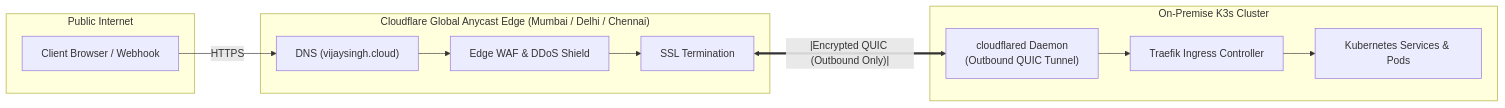
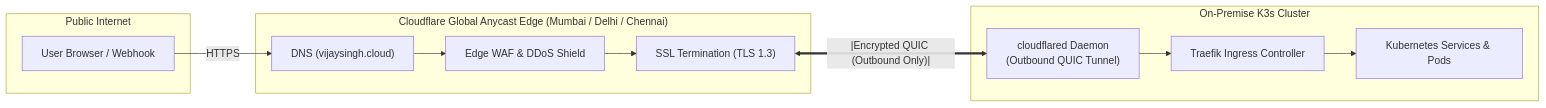
One commit to vsingh55/homelab-ops changed the first of 2 diagrams in docs/architecture/04-zero-trust-networking.md. Above: the diagram before and after it, drawn with Mermaid. The commit also changed other lines of this file and 4 other files, not shown here.

Commit message:
docs(architecture): enrich 5 core system architecture blueprints with hardware fencing, network flows, and storage tiering

````diff
--- a/docs/architecture/04-zero-trust-networking.md
+++ b/docs/architecture/04-zero-trust-networking.md
@@ -22,25 +37,25 @@
 ```mermaid
 flowchart LR
- subgraph Internet["Public Internet"]
- User["Client Browser / Webhook"]
- end
+    subgraph PublicInternet["Public Internet"]
+        User["User Browser / Webhook"]
+    end
 
- subgraph CF_Edge["Cloudflare Global Anycast Edge (Mumbai / Delhi / Chennai)"]
- EdgeDNS["DNS (vijaysingh.cloud)"]
- WAF["Edge WAF & DDoS Shield"]
- EdgeTerm["SSL Termination"]
- end
+    subgraph CF_Anycast["Cloudflare Global Anycast Edge (Mumbai / Delhi / Chennai)"]
+        EdgeDNS["DNS (vijaysingh.cloud)"]
+        WAF["Edge WAF & DDoS Shield"]
+        EdgeTerm["SSL Termination (TLS 1.3)"]
+    end
 
- subgraph OnPremCluster["On-Premise K3s Cluster"]
- CF_Daemon["cloudflared Daemon\n(Outbound QUIC Tunnel)"]
- Traefik["Traefik Ingress Controller"]
- Services["Kubernetes Services & Pods"]
- end
+    subgraph OnPremCluster["On-Premise K3s Cluster"]
+        CF_Daemon["cloudflared Daemon\n(Outbound QUIC Tunnel)"]
+        Traefik["Traefik Ingress Controller"]
+        Services["Kubernetes Services & Pods"]
+    end
 
- User -->|HTTPS| EdgeDNS
- EdgeDNS --> WAF
- WAF --> EdgeTerm
- EdgeTerm <==|Encrypted QUIC (Outbound Only)|==> CF_Daemon
- CF_Daemon --> Traefik
- Traefik --> Services
+    User -->|HTTPS| EdgeDNS
+    EdgeDNS --> WAF
+    WAF --> EdgeTerm
+    EdgeTerm <==|Encrypted QUIC (Outbound Only)|==> CF_Daemon
+    CF_Daemon --> Traefik
+    Traefik --> Services
 ```
````
